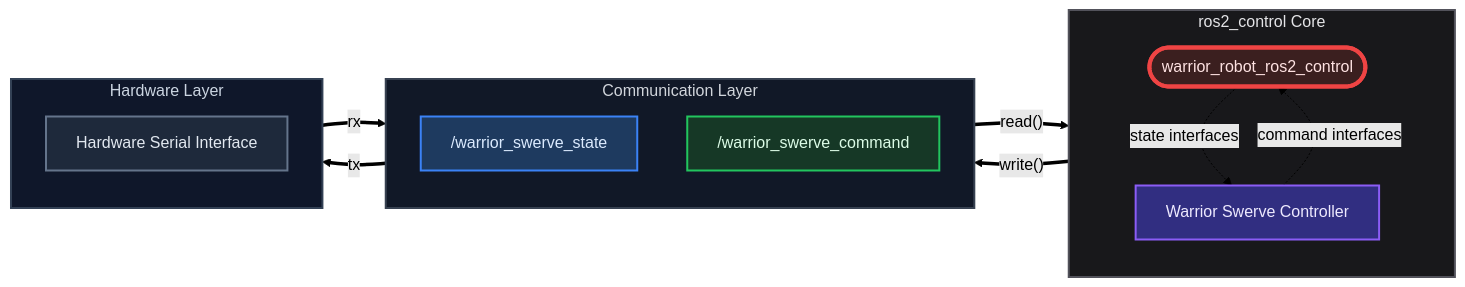
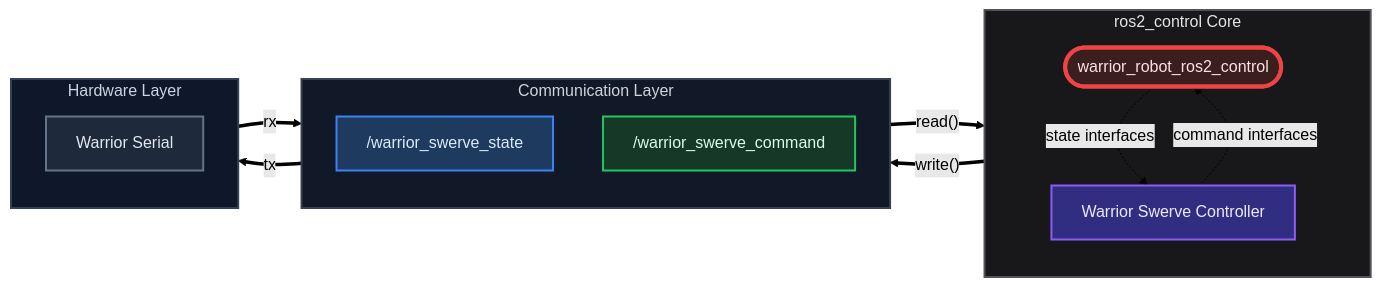
Before and after one commit to waynerobotics/Warrior_2026: the diagram in warrior_hardware/warrior_system/README.md, drawn with Mermaid (forest theme). The commit also changed other lines of this file, not shown here.

Commit message:
Update warrior system README.md

````diff
--- a/warrior_hardware/warrior_system/README.md
+++ b/warrior_hardware/warrior_system/README.md
@@ -15,77 +15,77 @@
 ```mermaid
 flowchart LR
 
     %% =========================
     %% Communication Layer
     %% =========================
     subgraph COMM["Communication Layer"]
         direction TB
 
         FB["/warrior_swerve_state"]
         CMD["/warrior_swerve_command"]
     end
 
 
     %% =========================
     %% ros2_control Core
     %% =========================
     subgraph CORE["ros2_control Core"]
         direction TB
 
         SYS([warrior_robot_ros2_control])
 
         CTRL["Warrior Swerve Controller"]
     end
 
 
     %% =========================
     %% Hardware Layer
     %% =========================
     subgraph HWLAYER["Hardware Layer"]
         direction TB
 
-        HW["Hardware Serial Interface"]
+        HW["Warrior Serial"]
     end
 
 
     %% =========================
     %% Data Flow
     %% =========================
     FB ==>|"read()"| SYS
 
     SYS ==>|"write()"| CMD
 
     CTRL -. "command interfaces" .-> SYS
     SYS -. "state interfaces" .-> CTRL
 
     CMD ==>|"tx"| HW
     HW ==>|"rx"| FB
 
 
     %% =========================
     %% Node Styles
     %% =========================
     classDef hardware fill:#1e293b,stroke:#64748b,color:#e2e8f0,stroke-width:2px;
     classDef state fill:#1e3a5f,stroke:#3b82f6,color:#dbeafe,stroke-width:2px;
     classDef command fill:#163826,stroke:#22c55e,color:#dcfce7,stroke-width:2px;
     classDef system fill:#3b1f1f,stroke:#ef4444,color:#fee2e2,stroke-width:4px;
     classDef controller fill:#312e81,stroke:#8b5cf6,color:#ede9fe,stroke-width:2px;
 
 
     %% =========================
     %% Subgraph Styles
     %% =========================
     style COMM fill:#111827,stroke:#374151,stroke-width:2px,color:#d1d5db
     style CORE fill:#18181b,stroke:#52525b,stroke-width:2px,color:#e4e4e7
     style HWLAYER fill:#0f172a,stroke:#334155,stroke-width:2px,color:#cbd5e1
 
 
     %% =========================
     %% Apply Classes
     %% =========================
     class HW hardware;
     class FB state;
     class CMD command;
     class SYS system;
     class CTRL controller;
 ```
````
